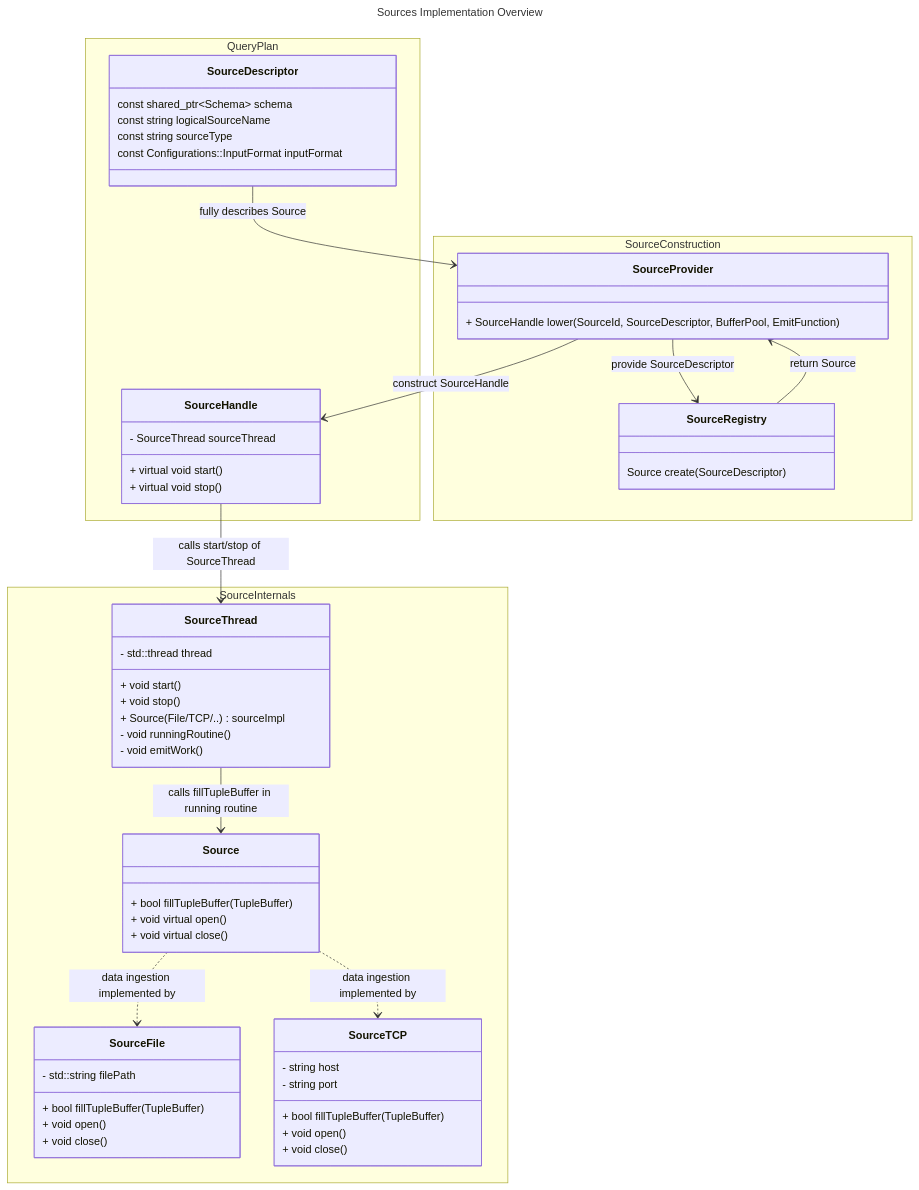
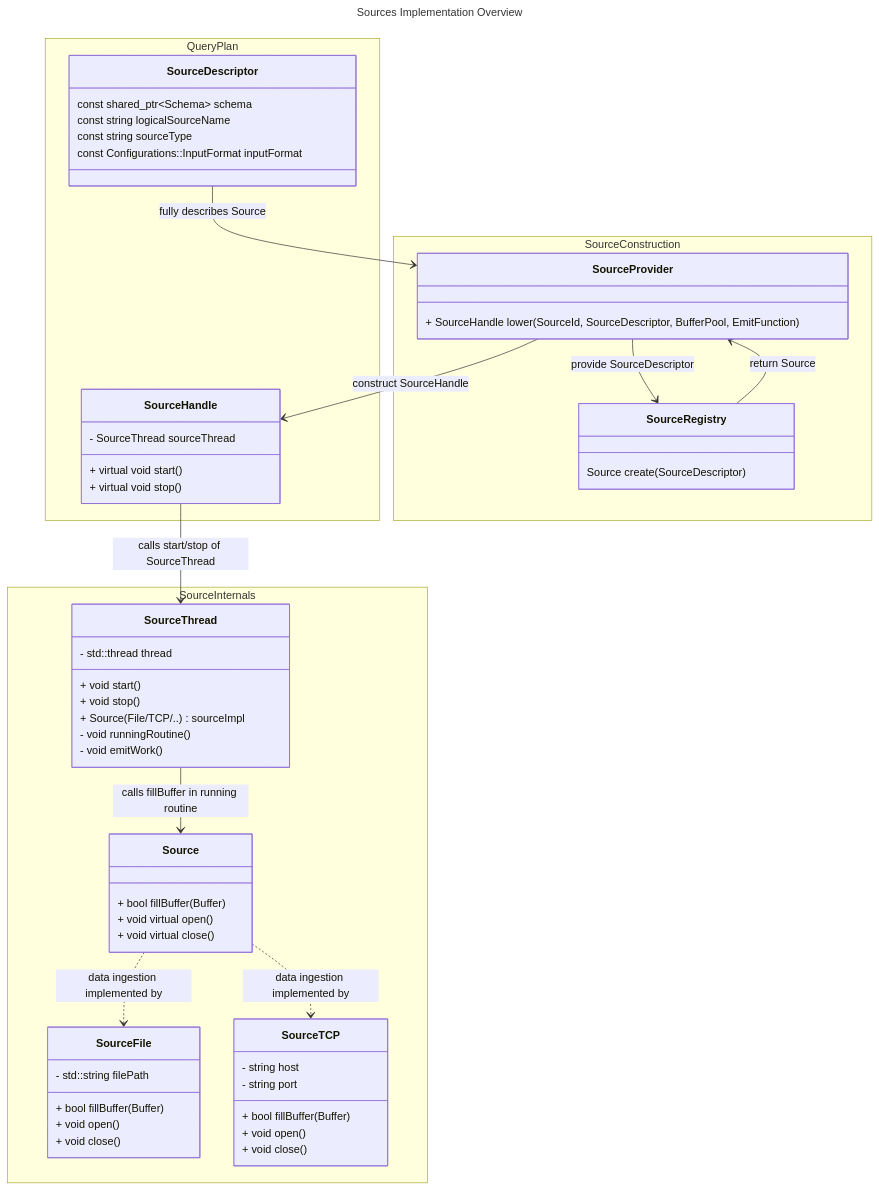
One commit to nebulastream/nebulastream changed the diagram in docs/design/20240702_sources_and_sinks.md. Above: the diagram before and after it, drawn with Mermaid. The commit also changed other lines of this file and 122 other files, not shown here.

````diff
--- a/docs/design/20240702_sources_and_sinks.md
+++ b/docs/design/20240702_sources_and_sinks.md
@@ -150,69 +150,69 @@
 ```mermaid
 ---
 title: Sources Implementation Overview
 ---
 classDiagram
     SourceHandle --> SourceThread : calls start/stop of SourceThread
-    SourceThread --> Source : calls fillTupleBuffer in running routine
+    SourceThread --> Source : calls fillBuffer in running routine
     Source ..> SourceFile : data ingestion implemented by 
     Source ..> SourceTCP : data ingestion implemented by
     SourceProvider --> SourceRegistry : provide SourceDescriptor
     SourceRegistry --> SourceProvider : return Source
     SourceProvider --> SourceHandle : construct SourceHandle
     SourceDescriptor --> SourceProvider : fully describes Source
 
 namespace QueryPlan {
   class SourceDescriptor {
     const shared_ptr~Schema~ schema
     const string logicalSourceName
     const string sourceType
     const Configurations::InputFormat inputFormat
   }
   class SourceHandle {
     + virtual void start()
     + virtual void stop()
     - SourceThread sourceThread
   }
 }
 namespace SourceConstruction {
     class SourceProvider {
         + SourceHandle lower(SourceId, SourceDescriptor, BufferPool, EmitFunction)
     }
     
     class SourceRegistry {
       Source create(SourceDescriptor)
     }
 }
 
 namespace SourceInternals {
     class SourceThread {
         + void start()
         + void stop()
         + Source(File/TCP/..) sourceImpl
         - std::thread thread
         - void runningRoutine()
         - void emitWork()
     }
     %% Source is the interface for the PluginRegistry for sources
     class Source {
-      + bool fillTupleBuffer(TupleBuffer)
+      + bool fillBuffer(Buffer)
       + void virtual open()
       + void virtual close()
     }
     
     class SourceFile {
-        + bool fillTupleBuffer(TupleBuffer)
+        + bool fillBuffer(Buffer)
         + void open()
         + void close()
         - std::string filePath
     }
     
     class SourceTCP {
-        + bool fillTupleBuffer(TupleBuffer)
+        + bool fillBuffer(Buffer)
         + void open()
         + void close()
         - string host
         - string port
     }
 }
 ```
````
